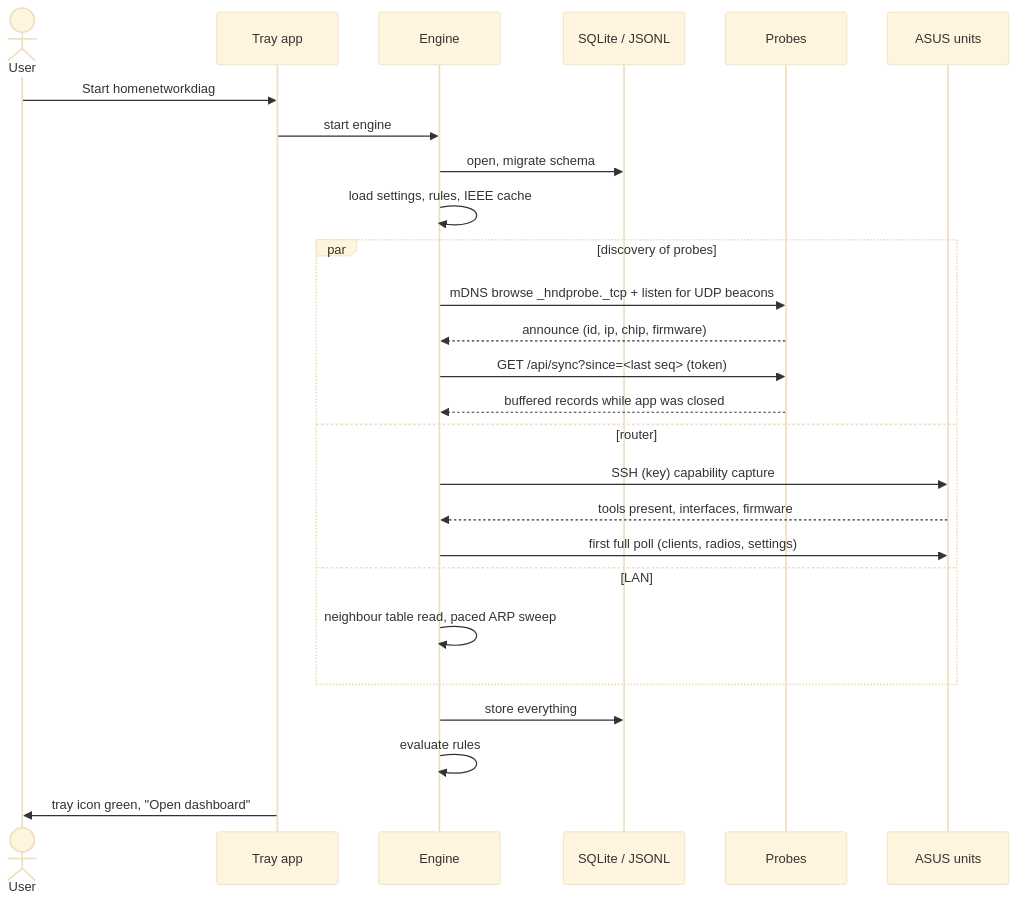
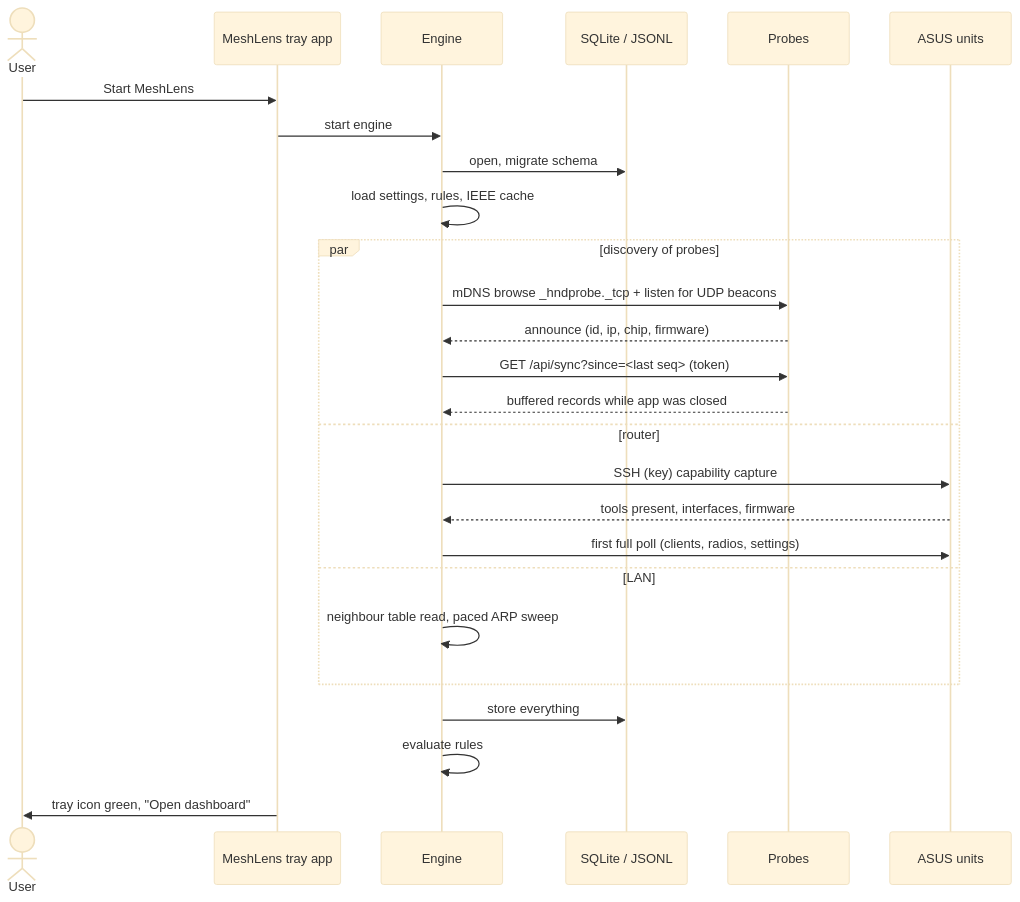
Before and after one commit to markbac/homenetworkdiag: the first of 10 diagrams in docs/09-sequences.md, drawn with Mermaid (base theme). The commit also changed 5 other files, not shown here.

Commit message:
Spec: name MeshLens; Pi-hole and Home Assistant plug-ins; probe screens and report contents agreed

````diff
--- a/docs/09-sequences.md
+++ b/docs/09-sequences.md
@@ -5,28 +5,28 @@
 ```mermaid
 sequenceDiagram
   actor U as User
-  participant T as Tray app
+  participant T as MeshLens tray app
   participant E as Engine
   participant DB as SQLite / JSONL
   participant P as Probes
   participant R as ASUS units
-  U->>T: Start homenetworkdiag
+  U->>T: Start MeshLens
   T->>E: start engine
   E->>DB: open, migrate schema
   E->>E: load settings, rules, IEEE cache
   par discovery of probes
     E->>P: mDNS browse _hndprobe._tcp + listen for UDP beacons
     P-->>E: announce (id, ip, chip, firmware)
     E->>P: GET /api/sync?since=<last seq> (token)
     P-->>E: buffered records while app was closed
   and router
     E->>R: SSH (key) capability capture
     R-->>E: tools present, interfaces, firmware
     E->>R: first full poll (clients, radios, settings)
   and LAN
     E->>E: neighbour table read, paced ARP sweep
   end
   E->>DB: store everything
   E->>E: evaluate rules
   T->>U: tray icon green, "Open dashboard"
 ```
````
